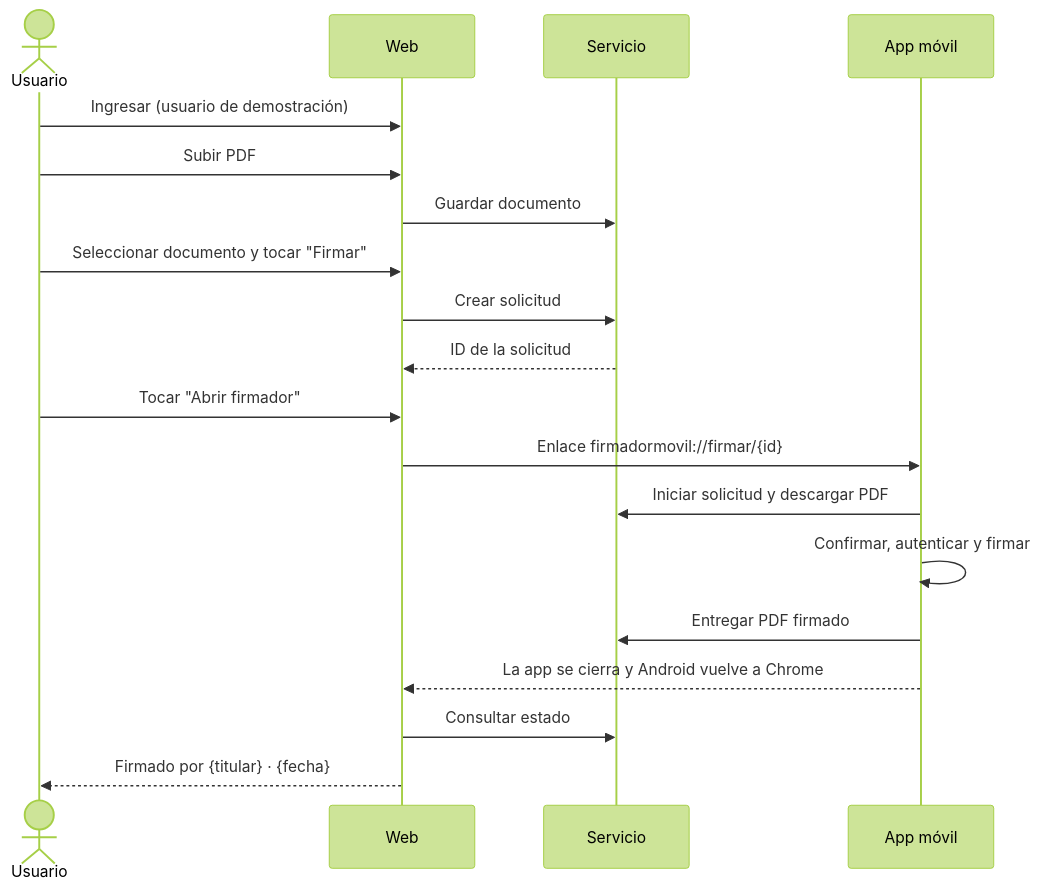
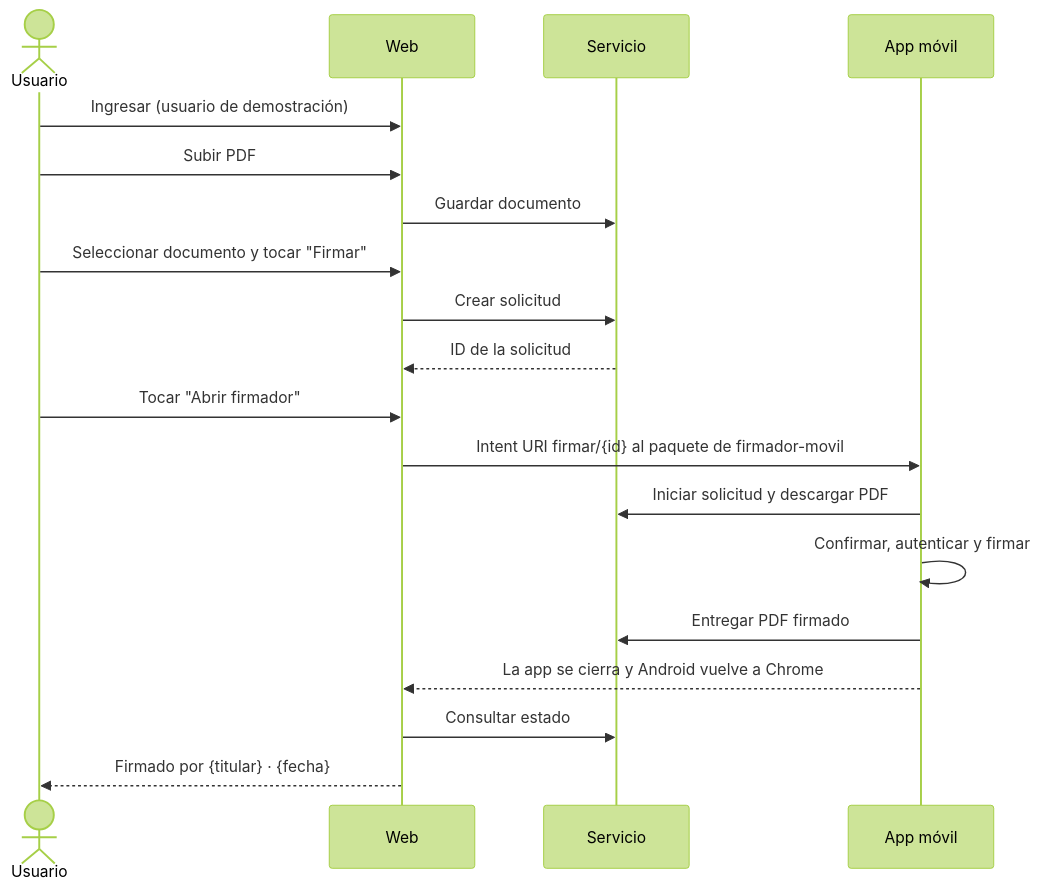
One commit to AlexQuispe/firmador-cliente changed the diagram in README.md. Above: the diagram before and after it, drawn with Mermaid (forest theme). The commit also changed 1 other file, not shown here.

Commit message:
docs: :memo: enlace de apertura como Intent URI de Chrome

````diff
--- a/README.md
+++ b/README.md
@@ -9,21 +9,21 @@
 ```mermaid
 sequenceDiagram
     actor U as Usuario
     participant W as Web
     participant S as Servicio
     participant M as App móvil
     U->>W: Ingresar (usuario de demostración)
     U->>W: Subir PDF
     W->>S: Guardar documento
     U->>W: Seleccionar documento y tocar "Firmar"
     W->>S: Crear solicitud
     S-->>W: ID de la solicitud
     U->>W: Tocar "Abrir firmador"
-    W->>M: Enlace firmadormovil://firmar/{id}
+    W->>M: Intent URI firmar/{id} al paquete de firmador-movil
     M->>S: Iniciar solicitud y descargar PDF
     M->>M: Confirmar, autenticar y firmar
     M->>S: Entregar PDF firmado
     M-->>W: La app se cierra y Android vuelve a Chrome
     W->>S: Consultar estado
     W-->>U: Firmado por {titular} · {fecha}
 ```
````
